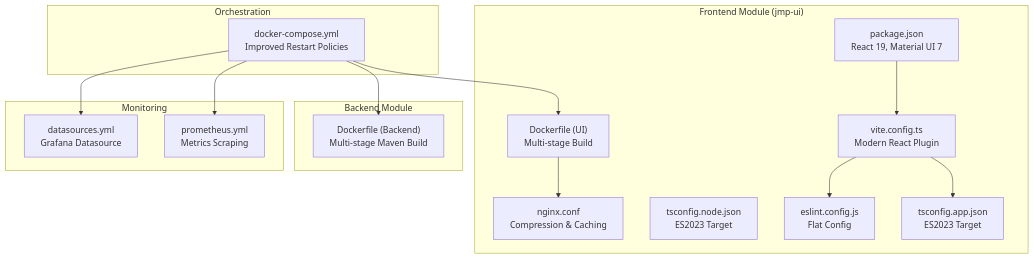
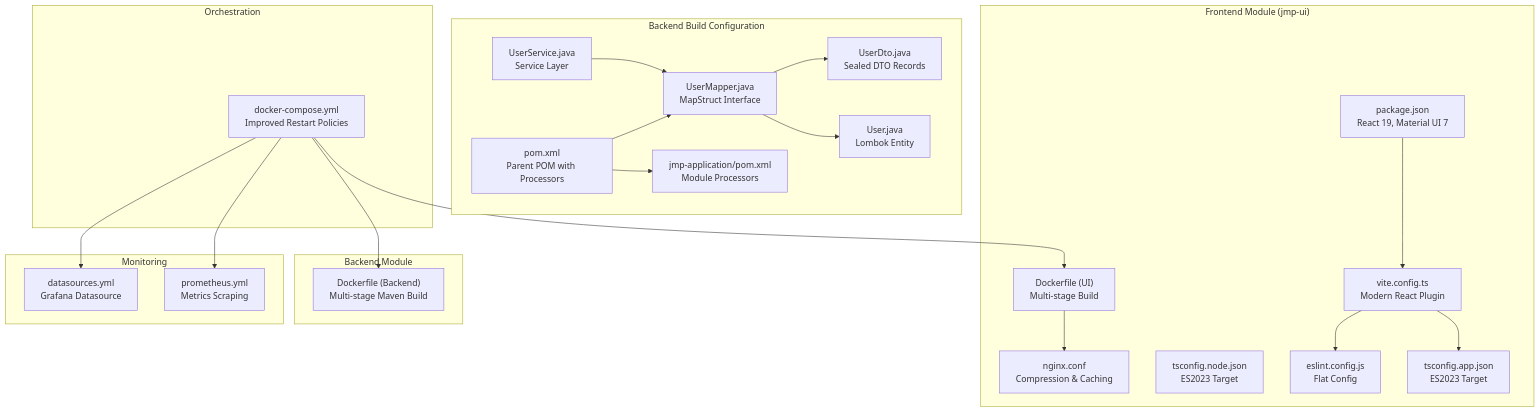
Before and after one commit to Vostrikov2014/vks-qoder: the first of 3 diagrams in .qoder/repowiki/en/content/Frontend Application/Build and Deployment.md, drawn with Mermaid. The commit also changed other lines of this file and 15 other files, not shown here.

````diff
--- a/.qoder/repowiki/en/content/Frontend Application/Build and Deployment.md
+++ b/.qoder/repowiki/en/content/Frontend Application/Build and Deployment.md
@@ -51,30 +60,43 @@
 ```mermaid
 graph TB
 subgraph "Frontend Module (jmp-ui)"
 PKG["package.json<br/>React 19, Material UI 7"]
 VCFG["vite.config.ts<br/>Modern React Plugin"]
 TSC_APP["tsconfig.app.json<br/>ES2023 Target"]
 TSC_NODE["tsconfig.node.json<br/>ES2023 Target"]
 ESLINT["eslint.config.js<br/>Flat Config"]
 DOCKER_UI["Dockerfile (UI)<br/>Multi-stage Build"]
 NGINX["nginx.conf<br/>Compression & Caching"]
+end
+subgraph "Backend Build Configuration"
+POM["pom.xml<br/>Parent POM with Processors"]
+APP_POM["jmp-application/pom.xml<br/>Module Processors"]
+MAPPER["UserMapper.java<br/>MapStruct Interface"]
+DTO["UserDto.java<br/>Sealed DTO Records"]
+ENTITY["User.java<br/>Lombok Entity"]
+SERVICE["UserService.java<br/>Service Layer"]
 end
 subgraph "Orchestration"
 DCMP["docker-compose.yml<br/>Improved Restart Policies"]
 end
 subgraph "Backend Module"
 DOCKER_BE["Dockerfile (Backend)<br/>Multi-stage Maven Build"]
 end
 subgraph "Monitoring"
 PROM["prometheus.yml<br/>Metrics Scraping"]
 DS["datasources.yml<br/>Grafana Datasource"]
 end
 PKG --> VCFG
 VCFG --> TSC_APP
 VCFG --> ESLINT
 DOCKER_UI --> NGINX
 DCMP --> DOCKER_UI
 DCMP --> DOCKER_BE
 DCMP --> PROM
 DCMP --> DS
+POM --> MAPPER
+POM --> APP_POM
+MAPPER --> DTO
+MAPPER --> ENTITY
+SERVICE --> MAPPER
 ```
````
